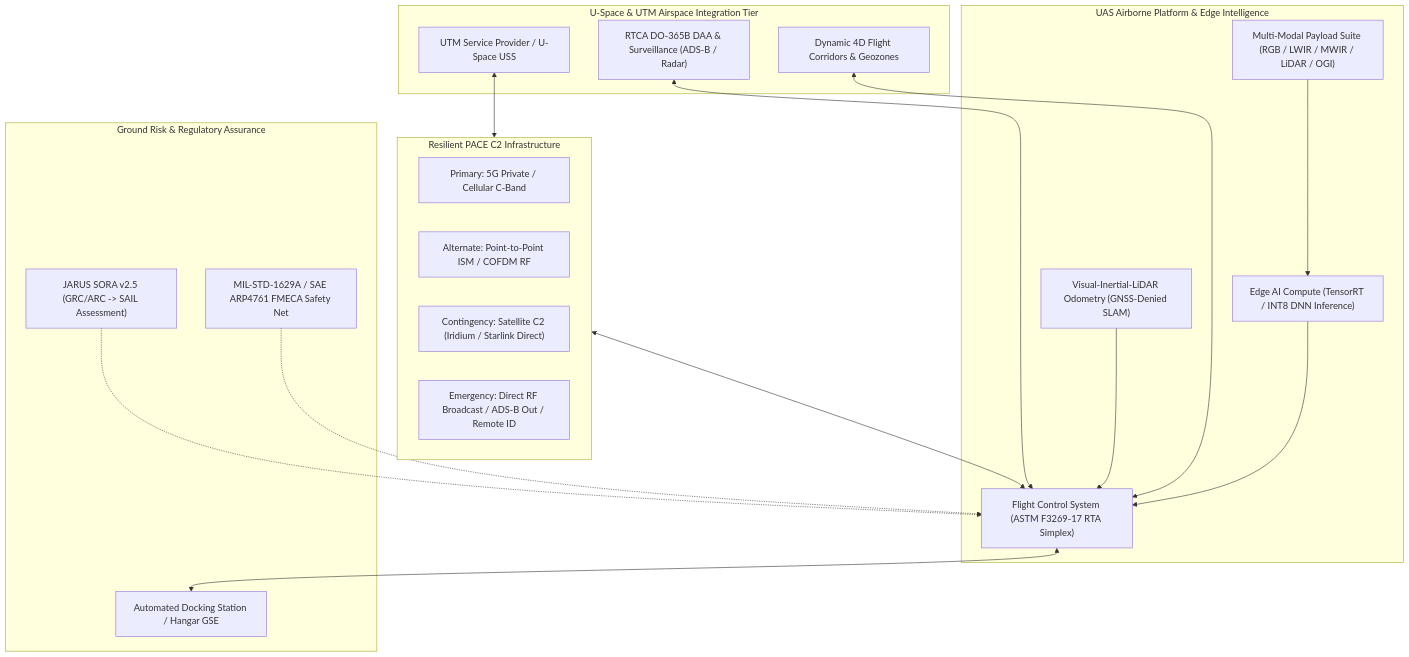
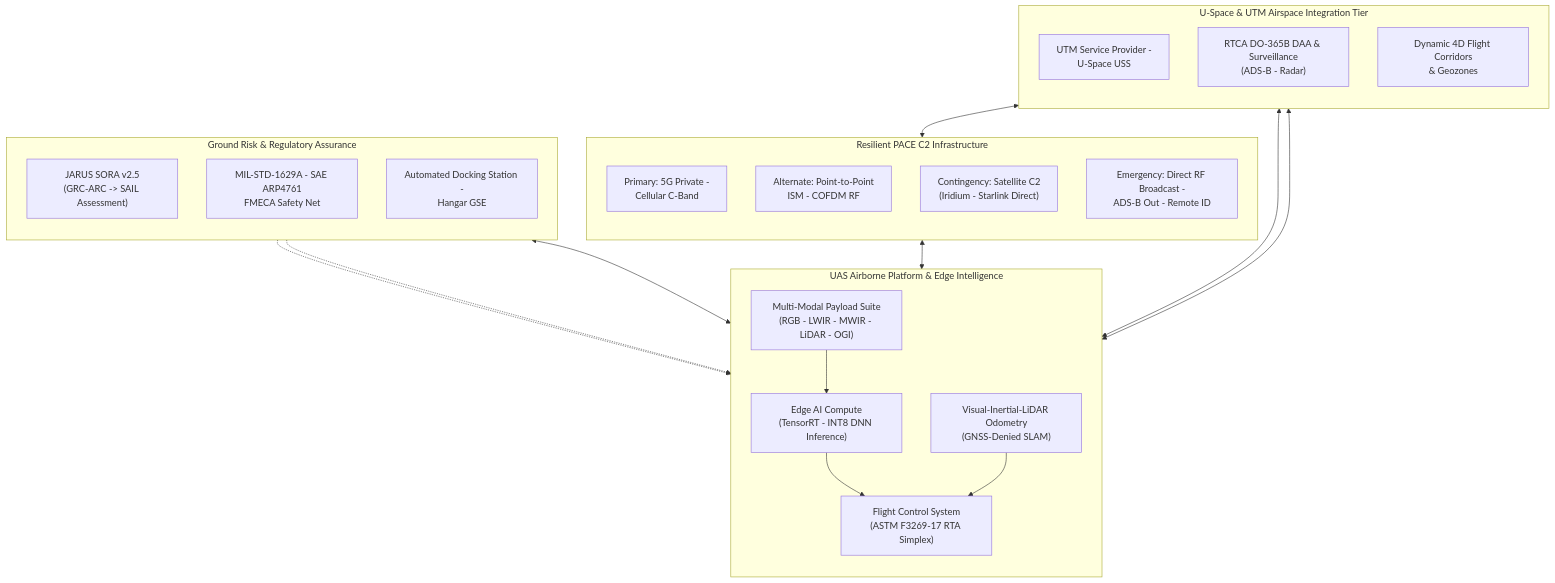
Before and after one commit to gintatkinson/uav-13: the first of 3 diagrams in docs/research/LOW_ALTITUDE_ECONOMY_INFRASTRUCTURE_INSPECTION_DOMAINS.md, drawn with Mermaid. The commit also changed other lines of this file and 176 other files, not shown here.

Commit message:
fix(template): purge schema pollution and synchronize pipeline from spec-core

````diff
--- a/docs/research/LOW_ALTITUDE_ECONOMY_INFRASTRUCTURE_INSPECTION_DOMAINS.md
+++ b/docs/research/LOW_ALTITUDE_ECONOMY_INFRASTRUCTURE_INSPECTION_DOMAINS.md
@@ -20,39 +20,43 @@
 ```mermaid
 flowchart TB
     subgraph Airspace_UTM["U-Space & UTM Airspace Integration Tier"]
-        UTM["UTM Service Provider / U-Space USS"]
-        DAA["RTCA DO-365B DAA & Surveillance (ADS-B / Radar)"]
-        CORR["Dynamic 4D Flight Corridors & Geozones"]
+        direction TB
+        UTM["UTM Service Provider -<br/>U-Space USS"]
+        DAA["RTCA DO-365B DAA & Surveillance<br/>(ADS-B - Radar)"]
+        CORR["Dynamic 4D Flight Corridors<br/>& Geozones"]
     end
 
     subgraph Platform_Edge["UAS Airborne Platform & Edge Intelligence"]
-        FCS["Flight Control System (ASTM F3269-17 RTA Simplex)"]
-        SENS["Multi-Modal Payload Suite (RGB / LWIR / MWIR / LiDAR / OGI)"]
-        EDGE["Edge AI Compute (TensorRT / INT8 DNN Inference)"]
-        VILO["Visual-Inertial-LiDAR Odometry (GNSS-Denied SLAM)"]
+        direction TB
+        FCS["Flight Control System<br/>(ASTM F3269-17 RTA Simplex)"]
+        SENS["Multi-Modal Payload Suite<br/>(RGB - LWIR - MWIR - LiDAR - OGI)"]
+        EDGE["Edge AI Compute<br/>(TensorRT - INT8 DNN Inference)"]
+        VILO["Visual-Inertial-LiDAR Odometry<br/>(GNSS-Denied SLAM)"]
     end
 
     subgraph C2_Comms["Resilient PACE C2 Infrastructure"]
-        C2_PRI["Primary: 5G Private / Cellular C-Band"]
-        C2_ALT["Alternate: Point-to-Point ISM / COFDM RF"]
-        C2_CON["Contingency: Satellite C2 (Iridium / Starlink Direct)"]
-        C2_EMG["Emergency: Direct RF Broadcast / ADS-B Out / Remote ID"]
+        direction TB
+        C2_PRI["Primary: 5G Private -<br/>Cellular C-Band"]
+        C2_ALT["Alternate: Point-to-Point<br/>ISM - COFDM RF"]
+        C2_CON["Contingency: Satellite C2<br/>(Iridium - Starlink Direct)"]
+        C2_EMG["Emergency: Direct RF Broadcast -<br/>ADS-B Out - Remote ID"]
     end
 
     subgraph Safety_Ops["Ground Risk & Regulatory Assurance"]
-        SORA["JARUS SORA v2.5 (GRC/ARC -> SAIL Assessment)"]
-        FMEA["MIL-STD-1629A / SAE ARP4761 FMECA Safety Net"]
-        DOC["Automated Docking Station / Hangar GSE"]
+        direction TB
+        SORA["JARUS SORA v2.5<br/>(GRC-ARC -> SAIL Assessment)"]
+        FMEA["MIL-STD-1629A - SAE ARP4761<br/>FMECA Safety Net"]
+        DOC["Automated Docking Station -<br/>Hangar GSE"]
     end
 
     UTM <--> C2_Comms
     DAA <--> FCS
     CORR <--> FCS
     SENS --> EDGE
     EDGE --> FCS
     VILO --> FCS
     C2_Comms <--> FCS
     FCS <--> DOC
     SORA -.-> FCS
     FMEA -.-> FCS
 ```
````
